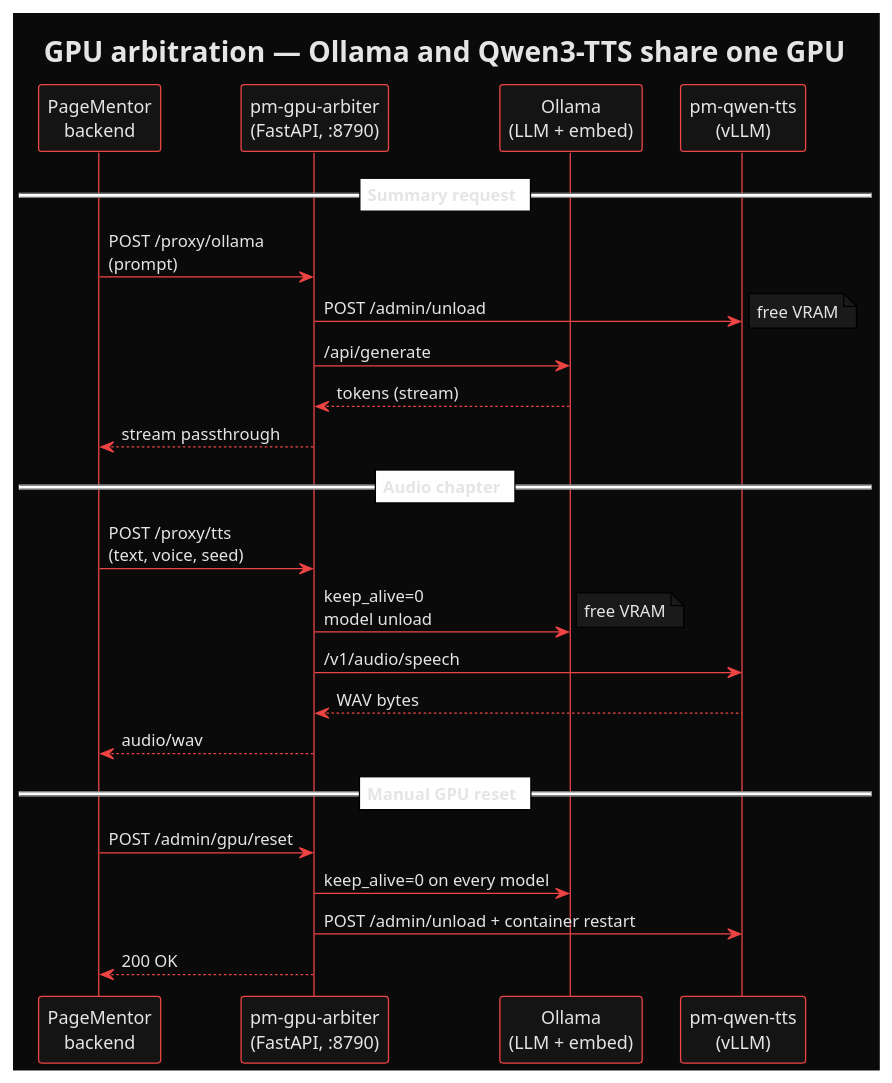
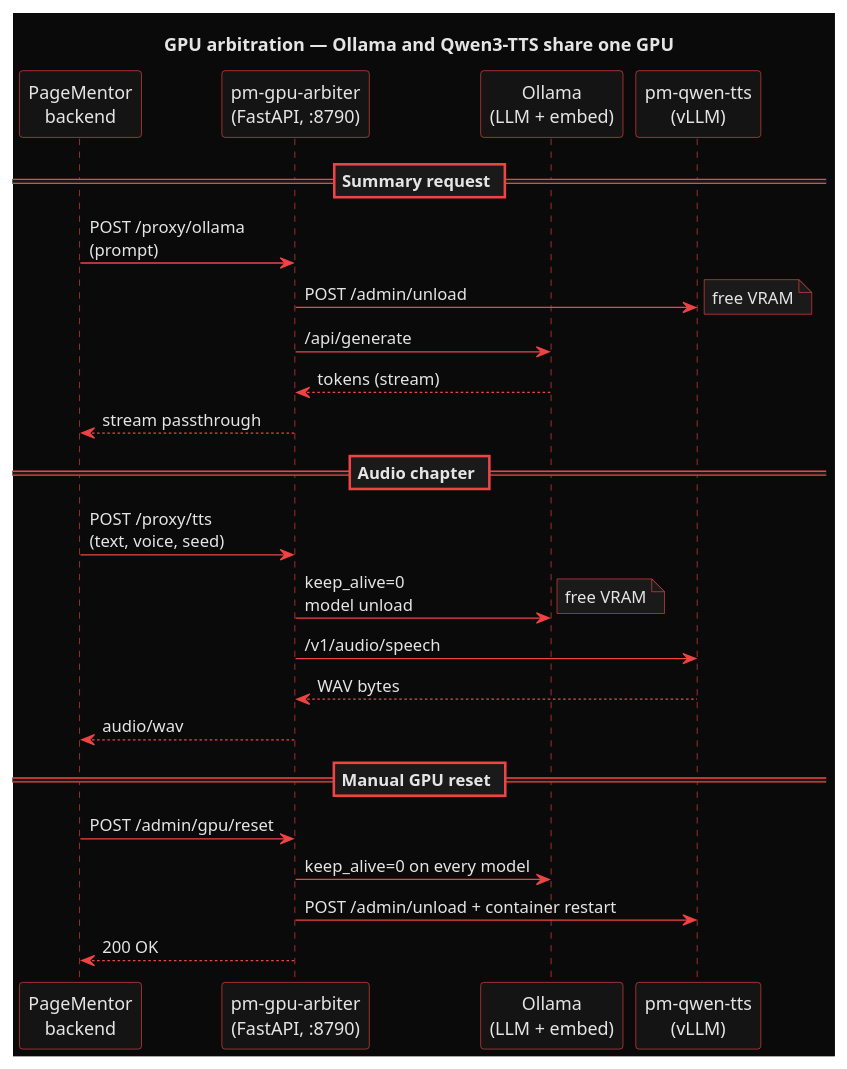
One commit to TheInGoF/PageMentor-dev changed the diagram in docs/diagrams/gpu-arbiter.puml. Above: the diagram before and after it, drawn with PlantUML. The commit also changed 5 other files, not shown here.

Commit message:
v1.18.068 — gpu-arbiter-Diagramm: explizite Dark-Skin-Params statt !theme plain, damit Divider + Groups lesbar sind

```diff
--- a/docs/diagrams/gpu-arbiter.puml
+++ b/docs/diagrams/gpu-arbiter.puml
@@ -1,47 +1,63 @@
 @startuml gpu-arbiter
 ' Render: plantuml -tpng docs/diagrams/gpu-arbiter.puml -o ../screenshots
 ' Output file expected by README: docs/screenshots/gpu-arbiter.png
 
-!theme plain
 skinparam backgroundColor #0a0a0a
 skinparam defaultFontColor #e5e5e5
 skinparam sequenceArrowColor #ef4444
+skinparam sequenceArrowFontColor #e5e5e5
 skinparam sequenceLifeLineBorderColor #ef4444
+skinparam sequenceLifeLineBackgroundColor #0a0a0a
 skinparam sequenceGroupBackgroundColor #1a1a1a
+skinparam sequenceGroupBodyBackgroundColor #0a0a0a
 skinparam sequenceGroupFontColor #e5e5e5
+skinparam sequenceGroupBorderColor #ef4444
+skinparam sequenceDividerBackgroundColor #1a1a1a
+skinparam sequenceDividerFontColor #e5e5e5
+skinparam sequenceDividerBorderColor #ef4444
+skinparam sequenceReferenceBackgroundColor #1a1a1a
+skinparam sequenceReferenceHeaderBackgroundColor #1a1a1a
+skinparam sequenceReferenceFontColor #e5e5e5
+skinparam sequenceReferenceBorderColor #ef4444
+skinparam sequenceTitleFontColor #e5e5e5
 skinparam participantBackgroundColor #141414
 skinparam participantBorderColor #ef4444
 skinparam participantFontColor #e5e5e5
+skinparam actorBackgroundColor #141414
+skinparam actorBorderColor #ef4444
+skinparam actorFontColor #e5e5e5
 skinparam noteBackgroundColor #1a1a1a
 skinparam noteFontColor #e5e5e5
+skinparam noteBorderColor #ef4444
+skinparam titleFontColor #e5e5e5
 
 title GPU arbitration — Ollama and Qwen3-TTS share one GPU
 
 participant "PageMentor\nbackend" as BE
 participant "pm-gpu-arbiter\n(FastAPI, :8790)" as ARB
 participant "Ollama\n(LLM + embed)" as OL
 participant "pm-qwen-tts\n(vLLM)" as QW
 
 == Summary request ==
 BE -> ARB : POST /proxy/ollama\n(prompt)
 ARB -> QW : POST /admin/unload
 note right: free VRAM
 ARB -> OL : /api/generate
 OL --> ARB : tokens (stream)
 ARB --> BE : stream passthrough
 
 == Audio chapter ==
 BE -> ARB : POST /proxy/tts\n(text, voice, seed)
 ARB -> OL : keep_alive=0\nmodel unload
 note right: free VRAM
 ARB -> QW : /v1/audio/speech
 QW --> ARB : WAV bytes
 ARB --> BE : audio/wav
 
 == Manual GPU reset ==
 BE -> ARB : POST /admin/gpu/reset
 ARB -> OL : keep_alive=0 on every model
 ARB -> QW : POST /admin/unload + container restart
 ARB --> BE : 200 OK
 
 @enduml
```
